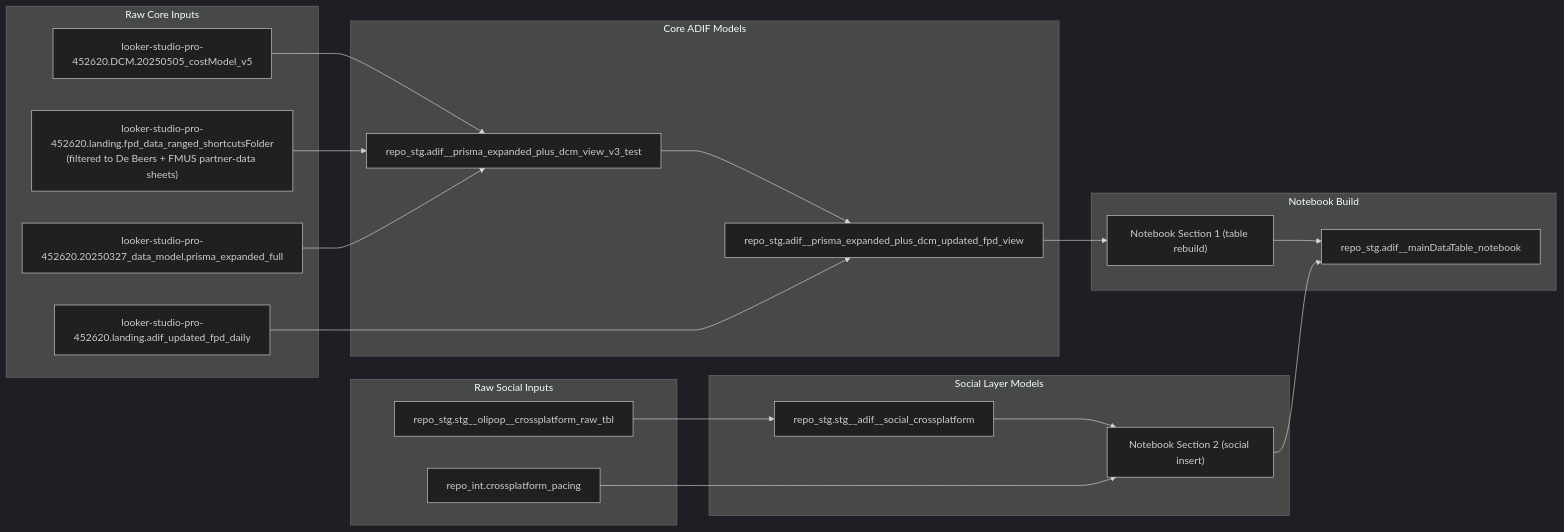
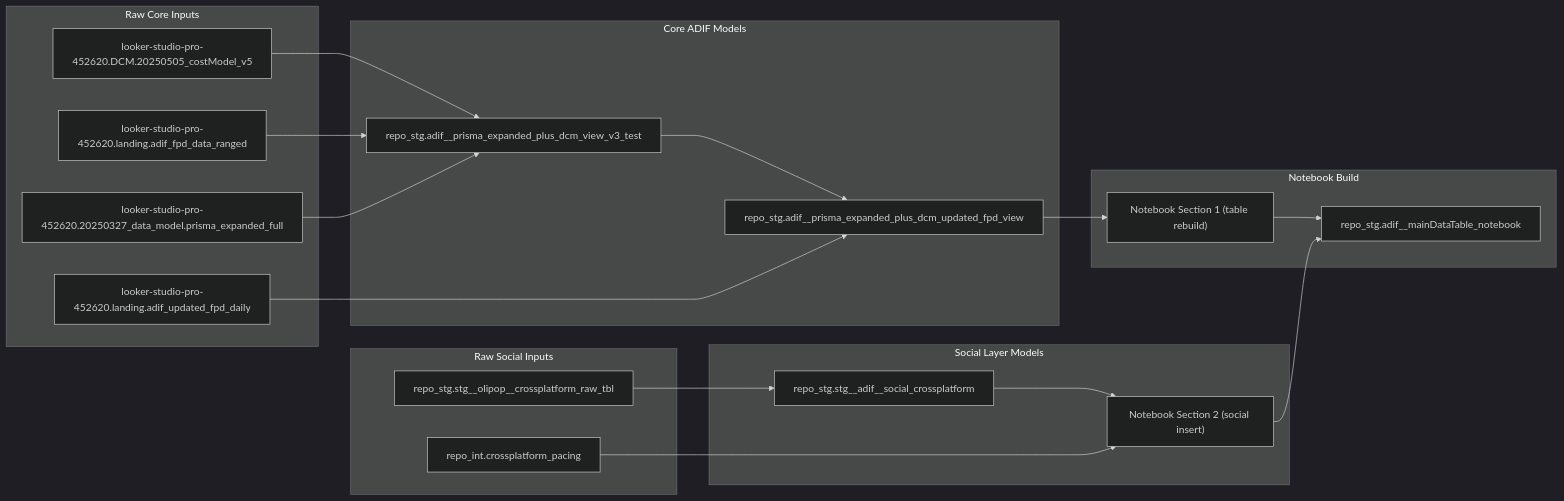
Before and after one commit to genetsen/looker_personal: the diagram in adif/README.md, drawn with Mermaid (dark theme). The commit also changed other lines of this file and 6 other files, not shown here.

````diff
--- a/adif/README.md
+++ b/adif/README.md
@@ -138,43 +98,43 @@
 ```mermaid
 flowchart LR
   subgraph raw_core["Raw Core Inputs"]
     dcm["looker-studio-pro-452620.DCM.20250505_costModel_v5"]
-    fpd_orig["looker-studio-pro-452620.landing.fpd_data_ranged_shortcutsFolder\n(filtered to De Beers + FMUS partner-data sheets)"]
+    fpd_orig["looker-studio-pro-452620.landing.adif_fpd_data_ranged"]
     prisma["looker-studio-pro-452620.20250327_data_model.prisma_expanded_full"]
     fpd_upd["looker-studio-pro-452620.landing.adif_updated_fpd_daily"]
   end
 
   subgraph core_models["Core ADIF Models"]
     core_base["repo_stg.adif__prisma_expanded_plus_dcm_view_v3_test"]
     core_upd["repo_stg.adif__prisma_expanded_plus_dcm_updated_fpd_view"]
   end
 
   dcm --> core_base
   fpd_orig --> core_base
   prisma --> core_base
   core_base --> core_upd
   fpd_upd --> core_upd
 
   subgraph raw_social["Raw Social Inputs"]
     social_raw["repo_stg.stg__olipop__crossplatform_raw_tbl"]
     pacing["repo_int.crossplatform_pacing"]
   end
 
   subgraph social_models["Social Layer Models"]
     social_stg["repo_stg.stg__adif__social_crossplatform"]
     social_nb_s2["Notebook Section 2 (social insert)"]
   end
 
   subgraph notebook["Notebook Build"]
     social_nb_s1["Notebook Section 1 (table rebuild)"]
     target_tbl["repo_stg.adif__mainDataTable_notebook"]
   end
 
   social_raw --> social_stg
   social_stg --> social_nb_s2
   pacing --> social_nb_s2
   core_upd --> social_nb_s1
 
   social_nb_s1 --> target_tbl
   social_nb_s2 --> target_tbl
 ```
````
